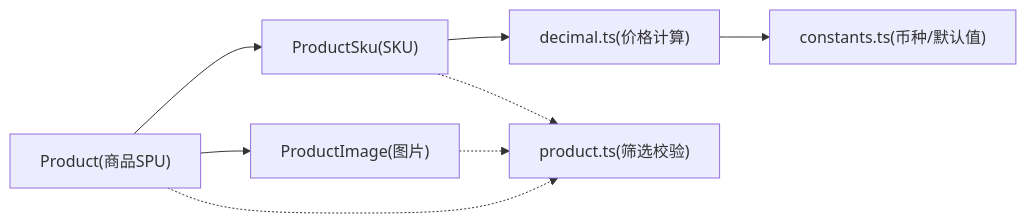
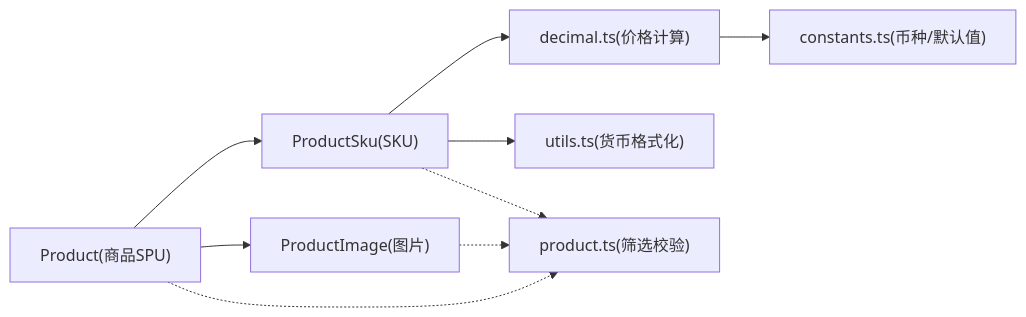
One commit to three3638-arch/celestia_2b changed the eighth of 8 diagrams in .qoder/repowiki/zh/content/前台商店系统/商品展示系统/商品详情页面.md. Above: the diagram before and after it, drawn with Mermaid. The commit also changed other lines of this file and 5 other files, not shown here.

````diff
--- a/.qoder/repowiki/zh/content/前台商店系统/商品展示系统/商品详情页面.md
+++ b/.qoder/repowiki/zh/content/前台商店系统/商品展示系统/商品详情页面.md
@@ -277,10 +306,11 @@
 ```mermaid
 graph LR
 P["Product(商品SPU)"] --> S["ProductSku(SKU)"]
 P --> I["ProductImage(图片)"]
 S --> D["decimal.ts(价格计算)"]
 D --> C["constants.ts(币种/默认值)"]
+S --> U["utils.ts(货币格式化)"]
 P -.-> V["product.ts(筛选校验)"]
 S -.-> V
 I -.-> V
 ```
````
